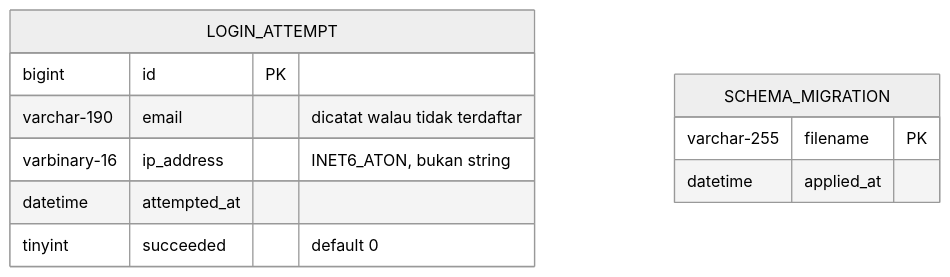
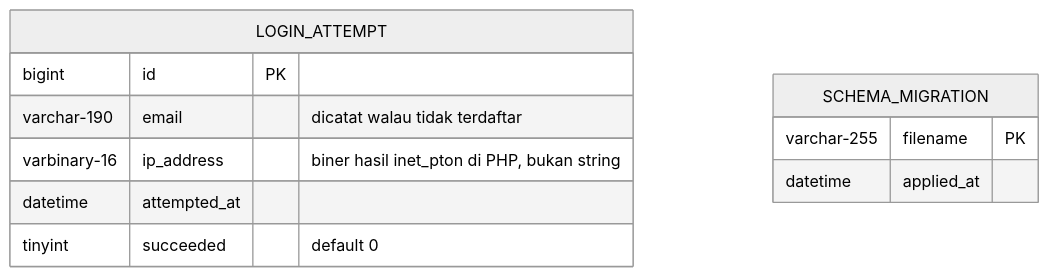
The second of 2 diagrams in docs/planning/erd.md (WillyMocha/inventory-order-management-system), drawn with Mermaid (neutral theme) before and after one commit. The commit also changed other lines of this file and 8 other files, not shown here.

````diff
--- a/docs/planning/erd.md
+++ b/docs/planning/erd.md
@@ -175,15 +177,15 @@
 ```mermaid
 erDiagram
     LOGIN_ATTEMPT {
         bigint id PK
         varchar-190 email "dicatat walau tidak terdaftar"
-        varbinary-16 ip_address "INET6_ATON, bukan string"
+        varbinary-16 ip_address "biner hasil inet_pton di PHP, bukan string"
         datetime attempted_at
         tinyint succeeded "default 0"
     }
 
     SCHEMA_MIGRATION {
         varchar-255 filename PK
         datetime applied_at
     }
 ```
````
